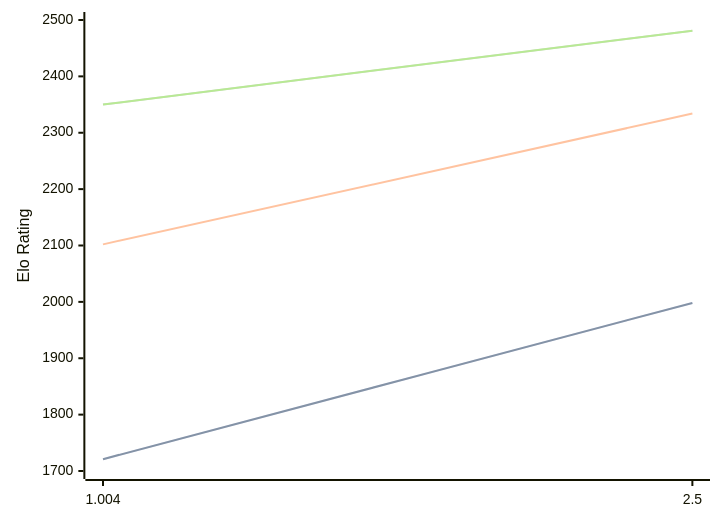
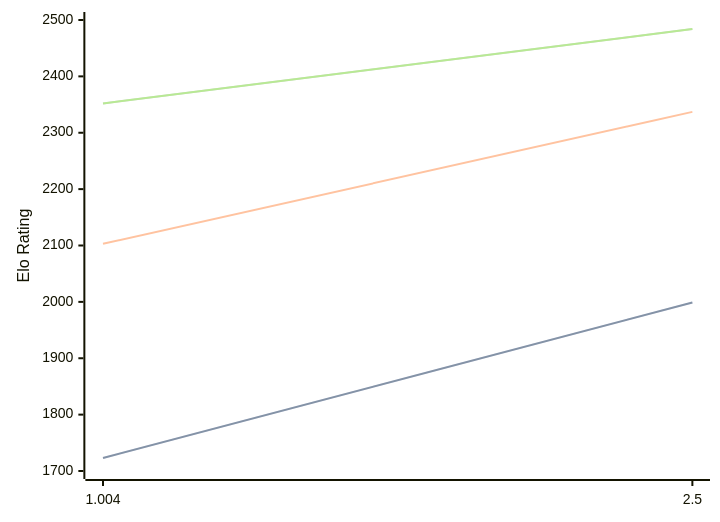
Before and after one commit to computer-chess-index/cci: the diagram in engines/Ares.md, drawn with Mermaid. The commit also changed other lines of this file, not shown here.

Commit message:
Update CCI Ratings (ELO VLTC) - 2026-03-29

````diff
--- a/engines/Ares.md
+++ b/engines/Ares.md
@@ -32,11 +32,11 @@
 ```mermaid
 %%{init: {"theme":"base","themeVariables":{"seriesColors:['#a3a3a3','#222221','#faa371']}}}%%
 xychart-beta
   x-axis ["1.004", "2.5"]
   y-axis "Elo Rating" 1700 --> 2500
-  line "STC (8.0+0.08s)" [1721, 1998]
-  line "STC (8.0+0.08s)" [1721, 1998]
-  line "LTC (60.0+0.60s)" [2102, 2334]
-  line "VLTC (2m24s+1.12s)" [2350, 2481]
-  line "VLTC (2m24s+1.12s)" [2350, 2481]
+  line "STC (8.0+0.08s)" [1723, 1999]
+  line "STC (8.0+0.08s)" [1723, 1999]
+  line "LTC (60.0+0.60s)" [2103, 2337]
+  line "VLTC (2m24s+1.12s)" [2352, 2484]
+  line "VLTC (2m24s+1.12s)" [2352, 2484]
 ```
````
